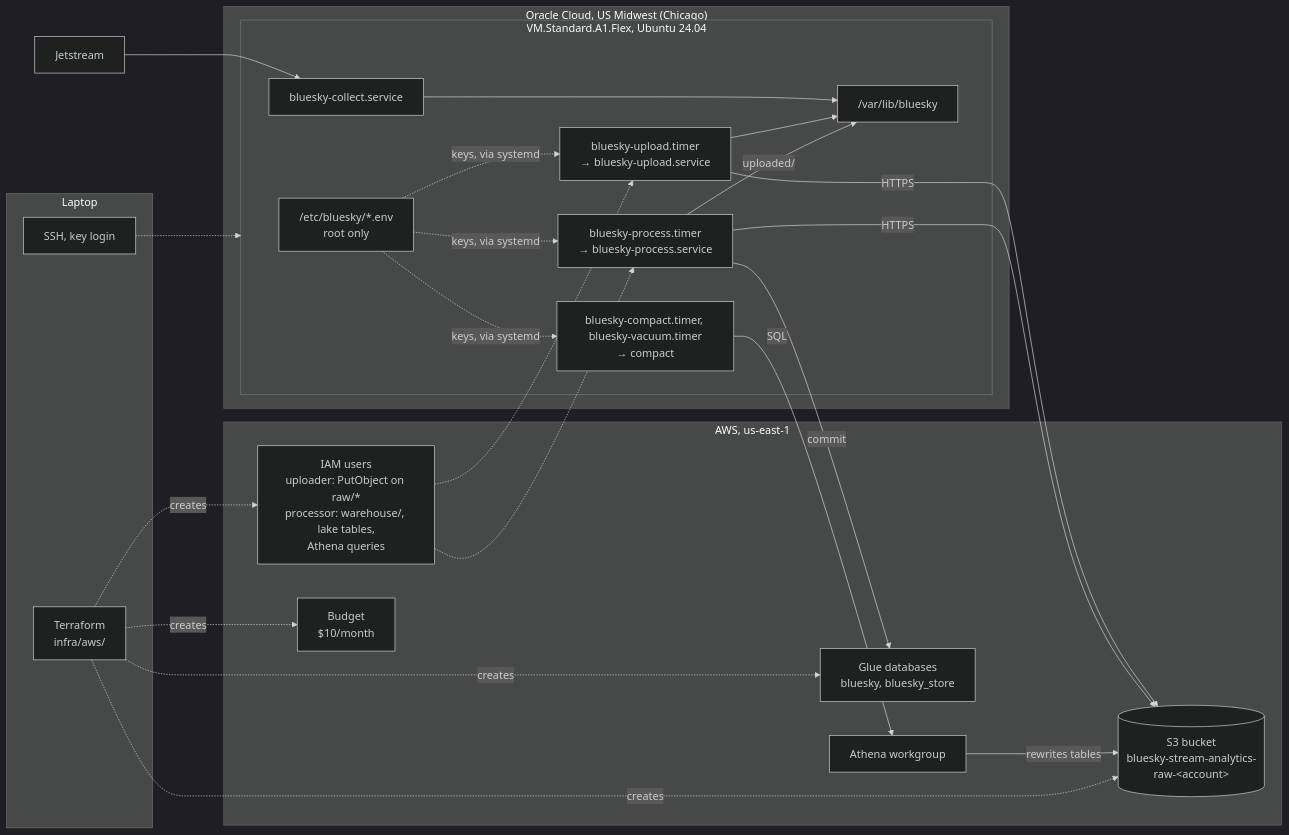
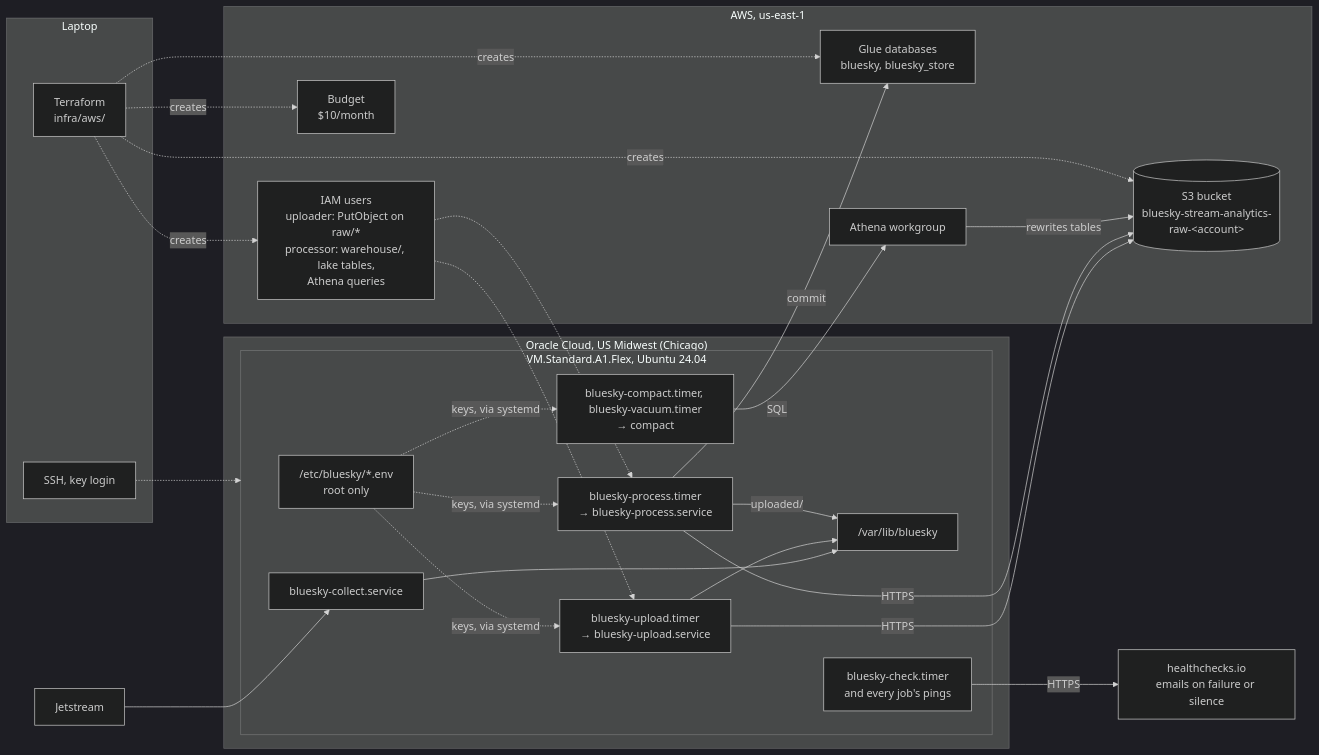
The diagram in docs/architectures/infrastructure.md (dhirajkk91/bluesky-stream-analytics), drawn with Mermaid (dark theme) before and after one commit. The commit also changed other lines of this file and 18 other files, not shown here.

````diff
--- a/docs/architectures/infrastructure.md
+++ b/docs/architectures/infrastructure.md
@@ -9,46 +9,50 @@
 ```mermaid
 flowchart LR
     subgraph Laptop["Laptop"]
         TF["Terraform<br/>infra/aws/"]
         SSH["SSH, key login"]
     end
 
     subgraph OCI["Oracle Cloud, US Midwest (Chicago)"]
         subgraph VM["VM.Standard.A1.Flex, Ubuntu 24.04"]
             C["bluesky-collect.service"]
             U["bluesky-upload.timer<br/>→ bluesky-upload.service"]
             P["bluesky-process.timer<br/>→ bluesky-process.service"]
             K["bluesky-compact.timer, bluesky-vacuum.timer<br/>→ compact"]
             D["/var/lib/bluesky"]
             E["/etc/bluesky/*.env<br/>root only"]
+            CH["bluesky-check.timer<br/>and every job's pings"]
         end
     end
+
+    HC["healthchecks.io<br/>emails on failure or silence"]
 
     subgraph AWS["AWS, us-east-1"]
         S3[("S3 bucket<br/>bluesky-stream-analytics-raw-&lt;account&gt;")]
         IAM["IAM users<br/>uploader: PutObject on raw/*<br/>processor: warehouse/, lake tables,<br/>Athena queries"]
         GL["Glue databases<br/>bluesky, bluesky_store"]
         AT["Athena workgroup"]
         B["Budget<br/>$10/month"]
     end
 
     J["Jetstream"] --> C
     C --> D
     U --> D
     E -.->|"keys, via systemd"| U
     E -.->|"keys, via systemd"| P
     U -->|"HTTPS"| S3
     P -->|"uploaded/"| D
     P -->|"HTTPS"| S3
     P -->|"commit"| GL
     E -.->|"keys, via systemd"| K
     K -->|"SQL"| AT
     AT -->|"rewrites tables"| S3
     IAM -.-> U
     IAM -.-> P
     TF -.->|creates| S3
     TF -.->|creates| IAM
     TF -.->|creates| B
     TF -.->|creates| GL
     SSH -.-> VM
+    CH -->|"HTTPS"| HC
 ```
````
